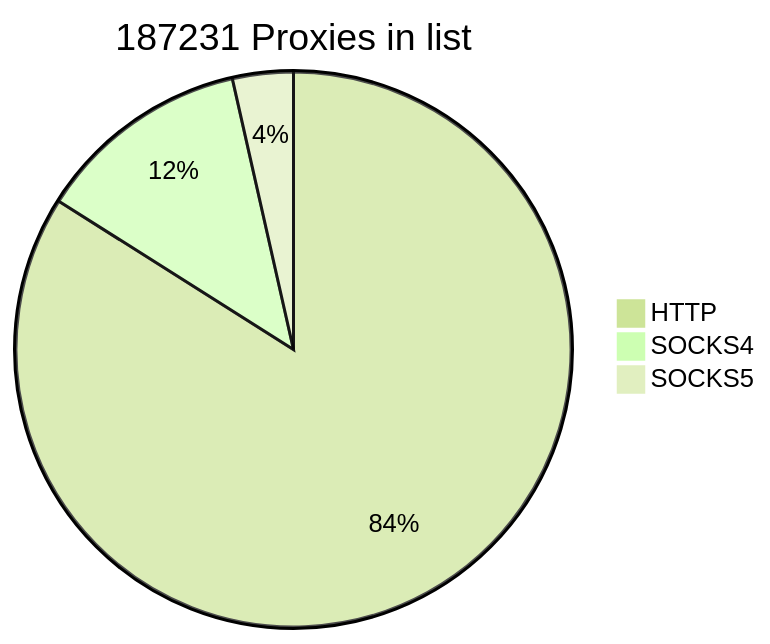
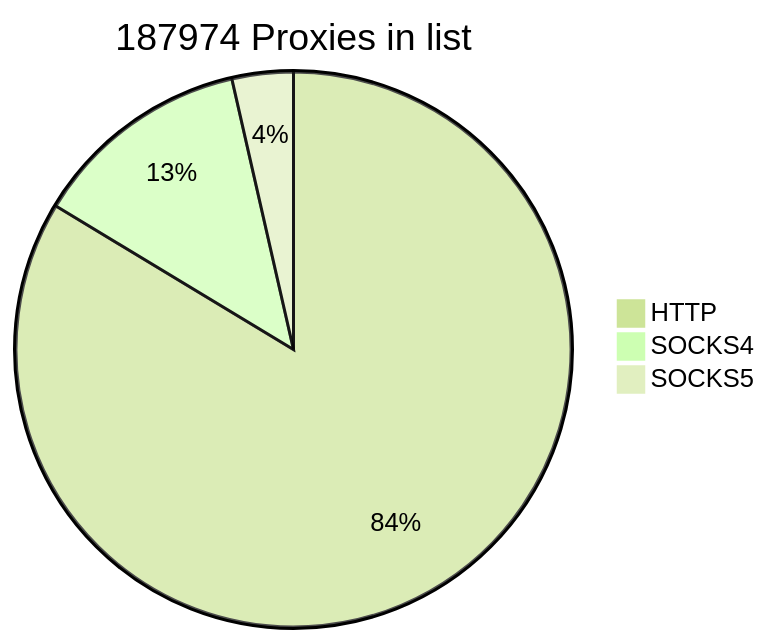
The first of 2 diagrams in README.md (cutipu/proxylist), drawn with Mermaid (forest theme) before and after one commit. The commit also changed other lines of this file, not shown here.

````diff
--- a/README.md
+++ b/README.md
@@ -2,7 +2,7 @@
 ```mermaid
-pie title 187231 Proxies in list
-    "HTTP" : 157217
-    "SOCKS4" : 23397
-    "SOCKS5" : 6617
+pie title 187974 Proxies in list
+    "HTTP" : 157243
+    "SOCKS4" : 24029
+    "SOCKS5" : 6702
             
 ```
````
